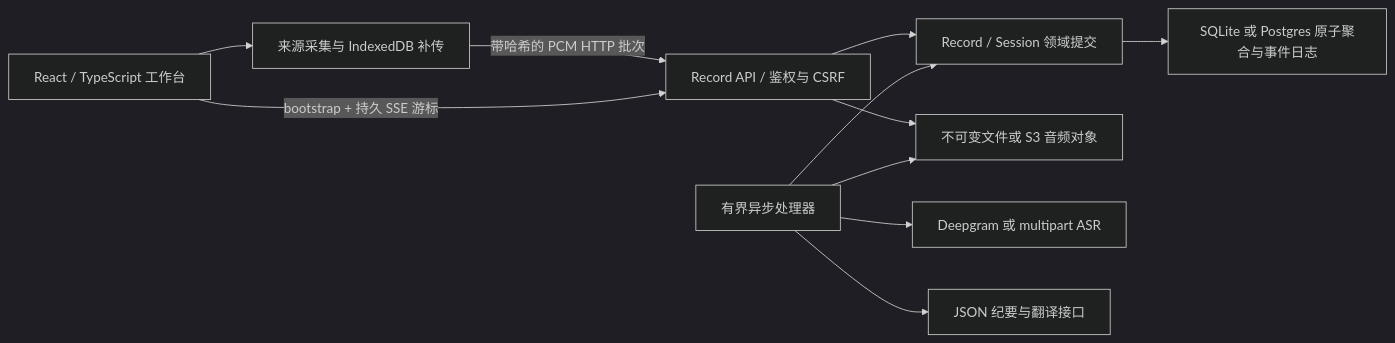
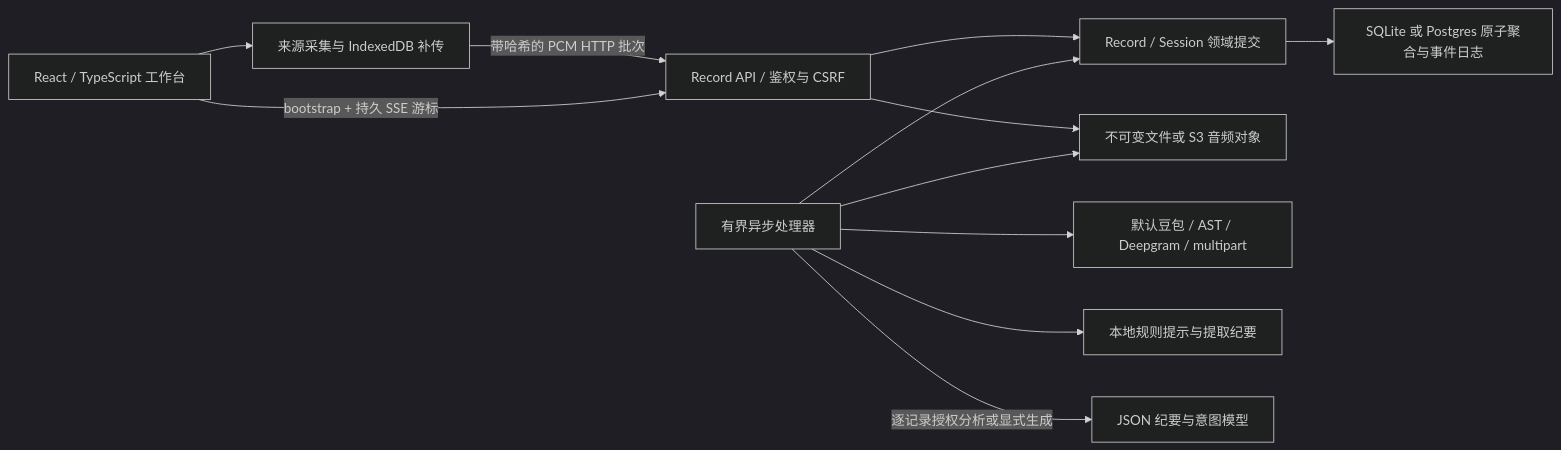
Before and after one commit to RoyalLiang/LingJi-Meeting-Studio: the diagram in docs/engineering/current-state.md, drawn with Mermaid (dark theme). The commit also changed other lines of this file and 8 other files, not shown here.

````diff
--- a/docs/engineering/current-state.md
+++ b/docs/engineering/current-state.md
@@ -5,13 +5,14 @@
 ```mermaid
 flowchart LR
   WEB[React / TypeScript 工作台] --> CAP[来源采集与 IndexedDB 补传]
   CAP -->|带哈希的 PCM HTTP 批次| API[Record API / 鉴权与 CSRF]
   WEB -->|bootstrap + 持久 SSE 游标| API
   API --> DOMAIN[Record / Session 领域提交]
   WORK[有界异步处理器] --> DOMAIN
   DOMAIN --> DB[SQLite 或 Postgres 原子聚合与事件日志]
   API --> OBJ[不可变文件或 S3 音频对象]
   WORK --> OBJ
-  WORK --> ASR[Deepgram 或 multipart ASR]
-  WORK --> LLM[JSON 纪要与翻译接口]
+  WORK --> ASR[默认豆包 / AST / Deepgram / multipart]
+  WORK --> RULE[本地规则提示与提取纪要]
+  WORK -->|逐记录授权分析或显式生成| LLM[JSON 纪要与意图模型]
 ```
````
